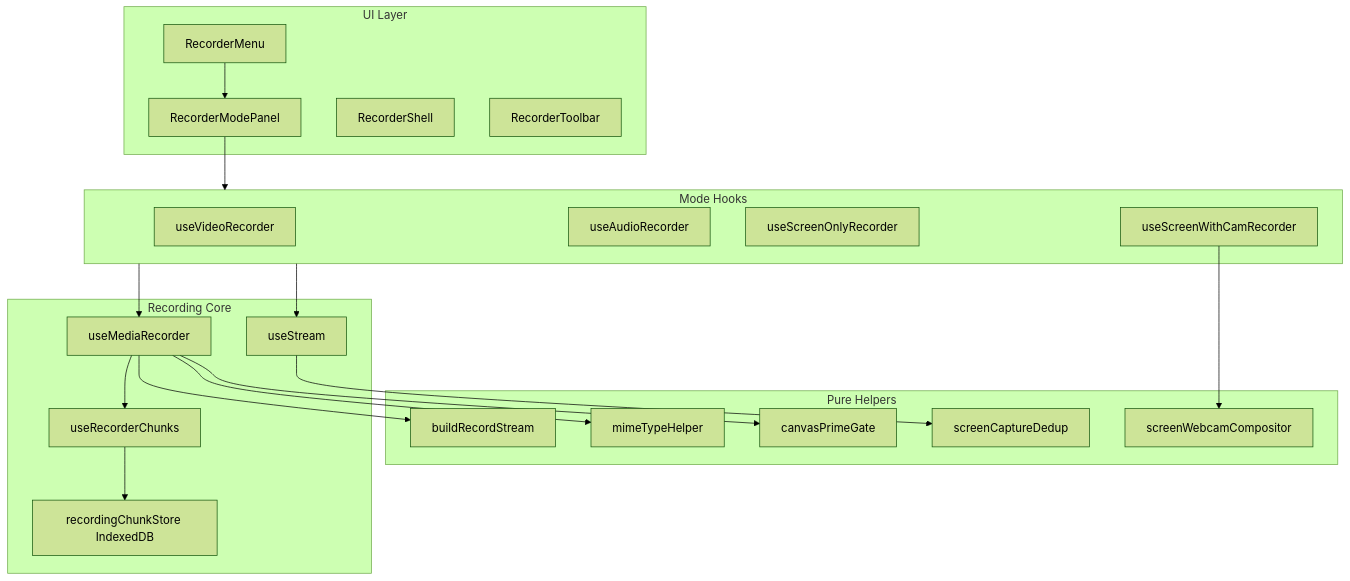
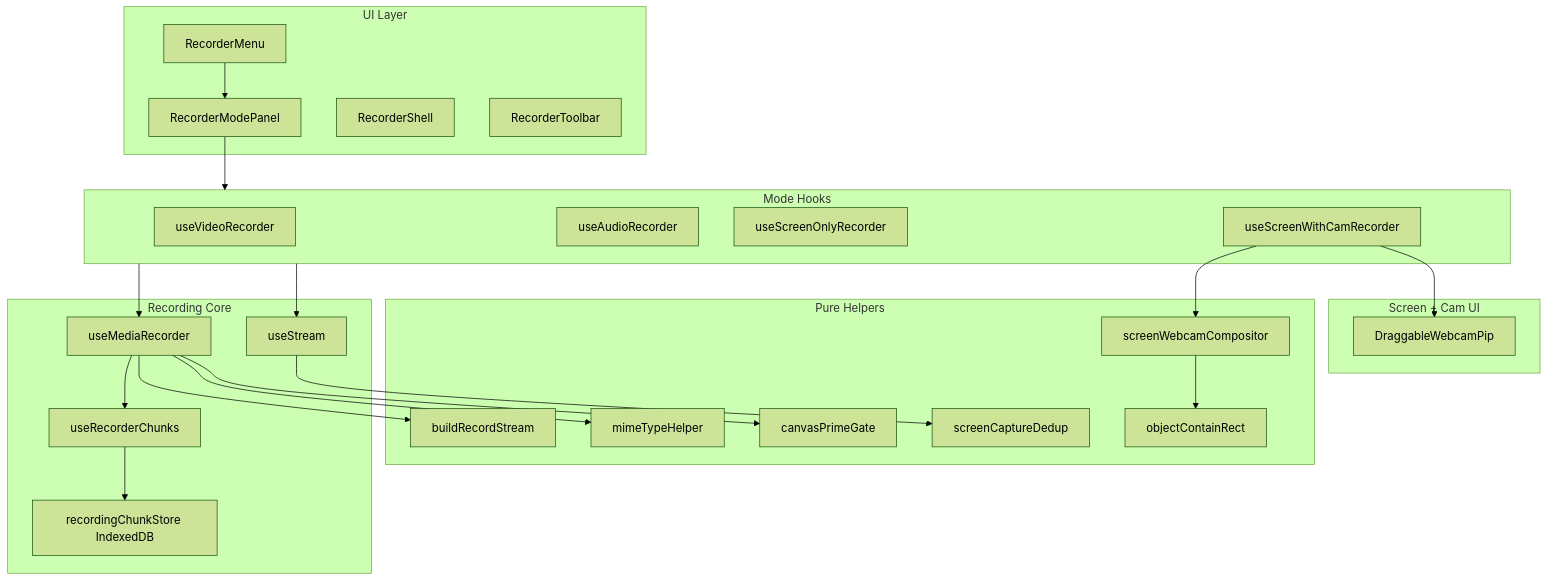
The diagram in docs/architecture.md (kiranparajuli589/react-rtc), drawn with Mermaid (forest theme) before and after one commit. The commit also changed other lines of this file and 4 other files, not shown here.

````diff
--- a/docs/architecture.md
+++ b/docs/architecture.md
@@ -7,43 +7,50 @@
 ```mermaid
 flowchart TB
   subgraph ui [UI Layer]
     Menu[RecorderMenu]
     Panel[RecorderModePanel]
     Shell[RecorderShell]
     Toolbar[RecorderToolbar]
   end
 
   subgraph modes [Mode Hooks]
     Video[useVideoRecorder]
     Audio[useAudioRecorder]
     Screen[useScreenOnlyRecorder]
     ScreenCam[useScreenWithCamRecorder]
   end
 
   subgraph core [Recording Core]
     MR[useMediaRecorder]
     Stream[useStream]
     Chunks[useRecorderChunks]
     ChunkStore[recordingChunkStore IndexedDB]
   end
 
   subgraph helpers [Pure Helpers]
     Build[buildRecordStream]
     MIME[mimeTypeHelper]
     Prime[canvasPrimeGate]
     Compositor[screenWebcamCompositor]
+    ObjectContain[objectContainRect]
     Dedup[screenCaptureDedup]
+  end
+
+  subgraph ui_components [Screen + Cam UI]
+    Pip[DraggableWebcamPip]
   end
 
   Menu --> Panel
   Panel --> modes
   modes --> MR
   modes --> Stream
   MR --> Chunks
   Chunks --> ChunkStore
   MR --> Build
   MR --> MIME
   MR --> Prime
   ScreenCam --> Compositor
+  ScreenCam --> Pip
+  Compositor --> ObjectContain
   Stream --> Dedup
 ```
````
